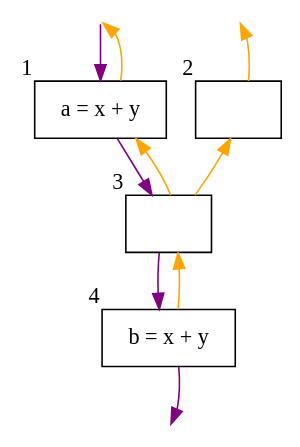
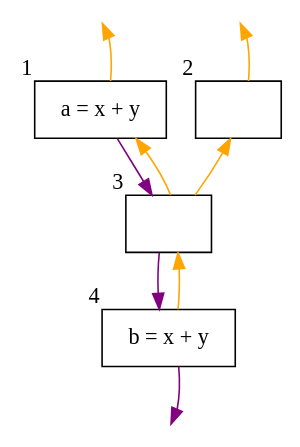
The diagram in example2.dot (edwloef/partial-redundancy-elimination), drawn with Graphviz before and after one commit. The commit also changed 1 other file, not shown here.

```diff
--- a/example2.dot
+++ b/example2.dot
@@ -1,32 +1,31 @@
 digraph G {
     node [shape=box];
 
     pre1 [shape=point,style=invis];
     pre1 -> 1 [style=invis];
 
     pre2 [shape=point,style=invis];
     pre2 -> 2 [style=invis];
 
     post4 [shape=point,style=invis];
     4 -> post4 [style=invis];
 
     1 [label="a = x + y",xlabel="1"];
     2 [label="",xlabel="2"];
     3 [label="",xlabel="3"];
     4 [label="b = x + y",xlabel="4"];
 
     1 -> 3 [style=invis];
     2 -> 3 [style=invis];
     3 -> 4 [style=invis];
 
-    pre1 -> 1 [color=purple,constraint=false];
     1 -> 3 [color=purple,constraint=false];
     3 -> 4 [color=purple,constraint=false];
     4 -> post4 [color=purple,constraint=false];
 
     4 -> 3 [color=orange,constraint=false];
     3 -> 1 [color=orange,constraint=false];
     3 -> 2 [color=orange,constraint=false];
     1 -> pre1 [color=orange,constraint=false];
     2 -> pre2 [color=orange,constraint=false];
 }
```
